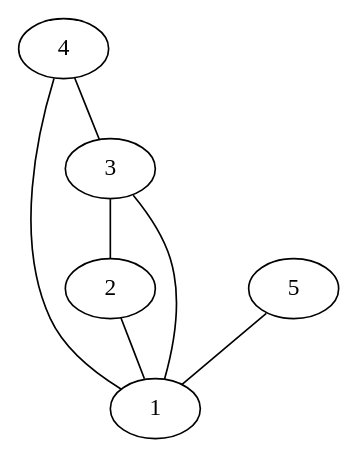
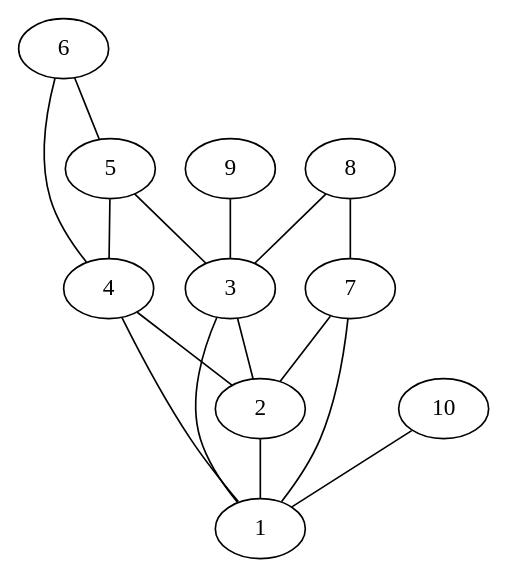
Before and after one commit to felixble/htw-ava-ws16-rumor: the diagram in config/graph2.dot, drawn with Graphviz. The commit also changed 6 other files, not shown here.

```diff
--- a/config/graph2.dot
+++ b/config/graph2.dot
@@ -1,8 +1,17 @@
 graph G {
 2 -- 1;
 3 -- 1;
+4 -- 2;
+5 -- 3;
+6 -- 5;
+7 -- 1;
+8 -- 3;
+9 -- 3;
+10 -- 1;
+3 -- 2;
 4 -- 1;
-5 -- 1;
-3 -- 2;
-4 -- 3;
+5 -- 4;
+6 -- 4;
+7 -- 2;
+8 -- 7;
 }
```
